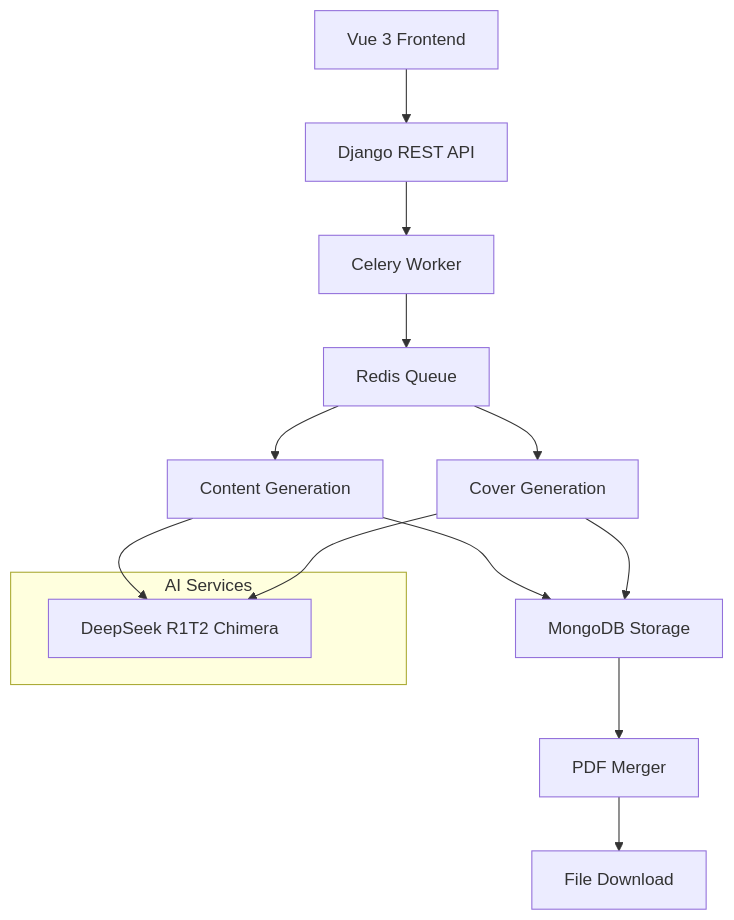
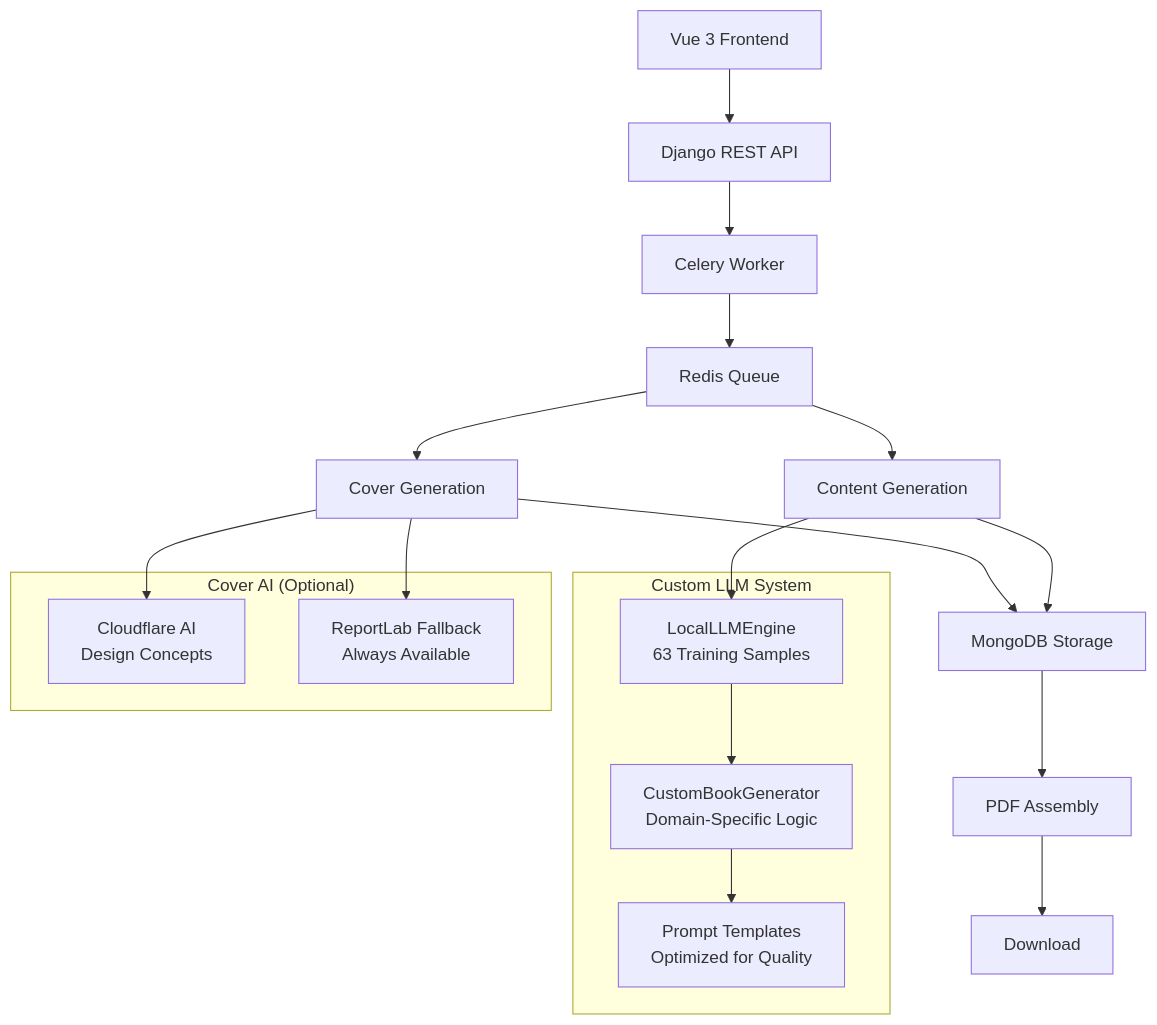
The diagram in README.md (BadrRibzat/book-generator), drawn with Mermaid before and after one commit. The commit also changed other lines of this file, not shown here.

First line of the commit message:
docs: Complete README rewrite for Custom LLM system

````diff
--- a/README.md
+++ b/README.md
@@ -68,19 +80,29 @@
 ```mermaid
 graph TB
     A[Vue 3 Frontend] --> B[Django REST API]
     B --> C[Celery Worker]
     C --> D[Redis Queue]
     D --> E[Content Generation]
     D --> F[Cover Generation]
     E --> G[MongoDB Storage]
     F --> G
-    G --> H[PDF Merger]
-    H --> I[File Download]
+    G --> H[PDF Assembly]
+    H --> I[Download]
 
-    subgraph "AI Services"
-        J[DeepSeek R1T2 Chimera]
+    subgraph "Custom LLM System"
+        J[LocalLLMEngine<br/>63 Training Samples]
+        K[CustomBookGenerator<br/>Domain-Specific Logic]
+        L[Prompt Templates<br/>Optimized for Quality]
+    end
+
+    subgraph "Cover AI (Optional)"
+        M[Cloudflare AI<br/>Design Concepts]
+        N[ReportLab Fallback<br/>Always Available]
     end
 
     E --> J
-    F --> J
+    J --> K
+    K --> L
+    F --> M
+    F --> N
 ```
````
